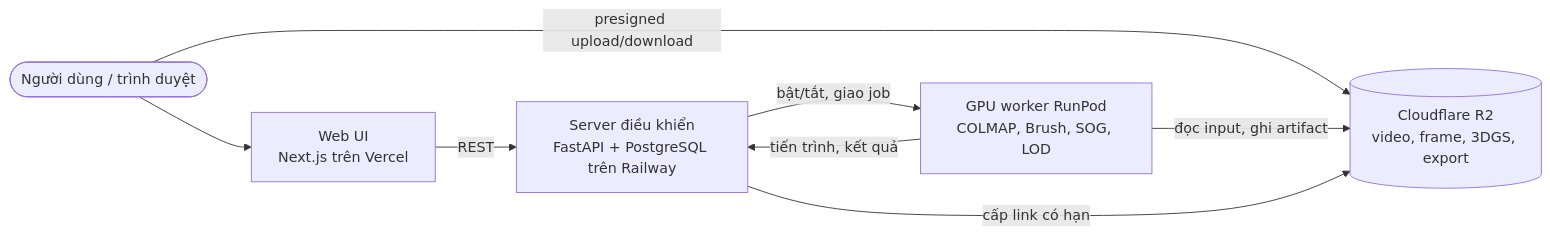
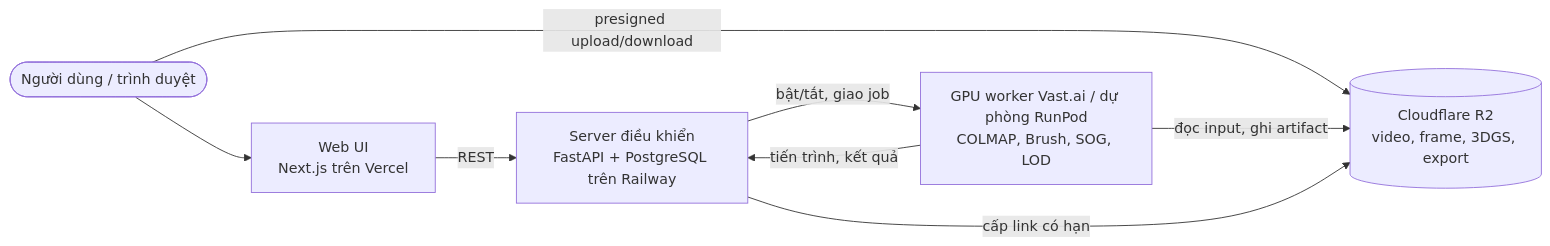
The third of 3 diagrams in docs/architecture_diagram.md (awun0105/P-087), drawn with Mermaid before and after one commit. The commit also changed 9 other files, not shown here.

Commit message:
docs: đồng bộ nhà cung cấp GPU Vast.ai (dự phòng RunPod) trong architecture và execution docs

````diff
--- a/docs/architecture_diagram.md
+++ b/docs/architecture_diagram.md
@@ -47,10 +47,10 @@
 ```mermaid
 graph LR
     U([Người dùng / trình duyệt]) --> UI[Web UI<br/>Next.js trên Vercel]
     UI -->|REST| API[Server điều khiển<br/>FastAPI + PostgreSQL trên Railway]
     U -->|presigned upload/download| R2[(Cloudflare R2<br/>video, frame, 3DGS, export)]
-    API -->|bật/tắt, giao job| GPU[GPU worker RunPod<br/>COLMAP, Brush, SOG, LOD]
+    API -->|bật/tắt, giao job| GPU[GPU worker Vast.ai / dự phòng RunPod<br/>COLMAP, Brush, SOG, LOD]
     GPU -->|đọc input, ghi artifact| R2
     GPU -->|tiến trình, kết quả| API
     API -->|cấp link có hạn| R2
 ```
````
